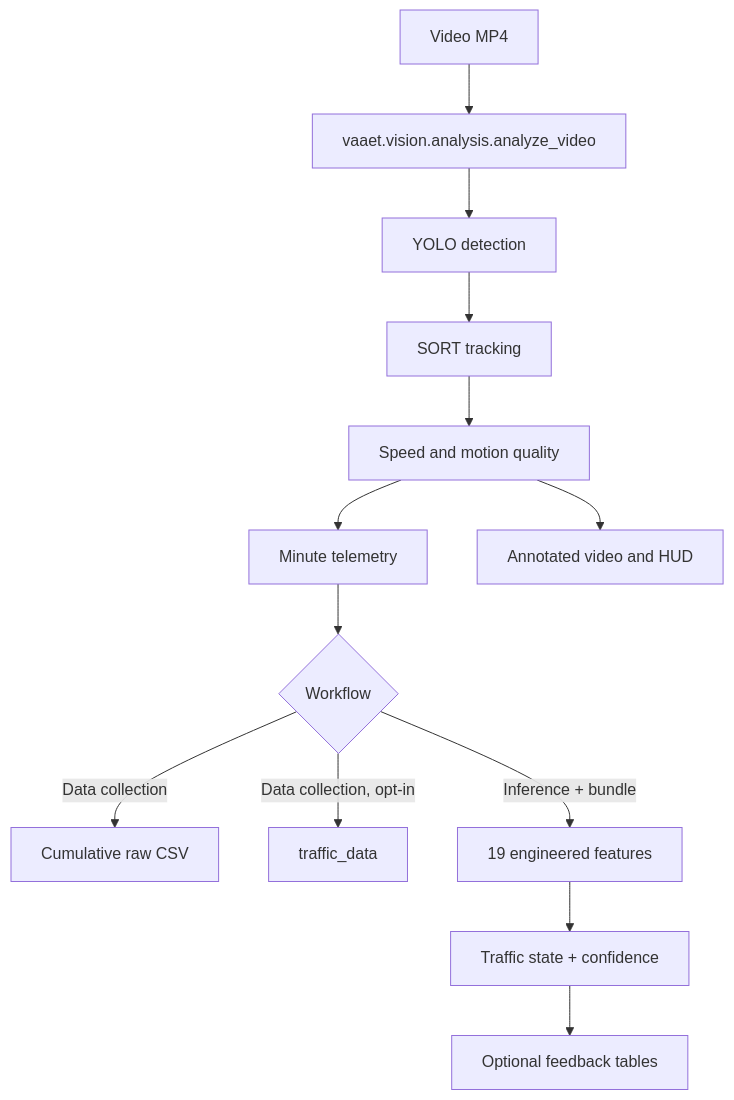
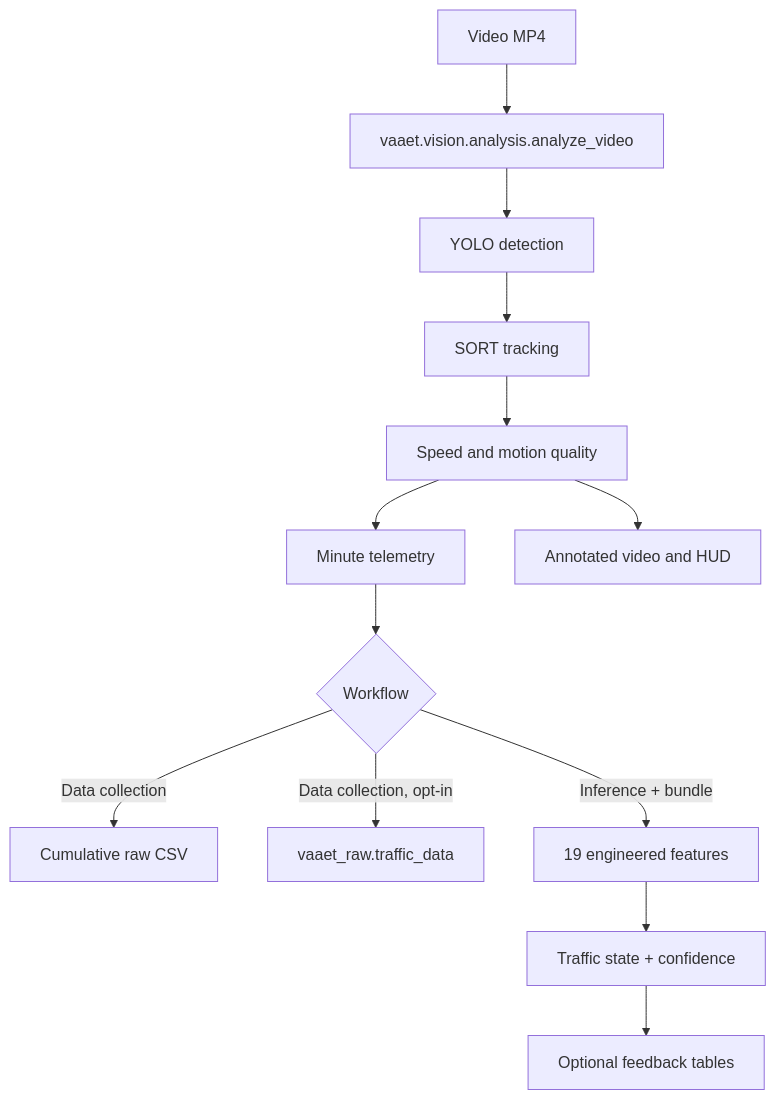
One commit to aka-titesen/vaaet changed the diagram in docs/architecture/diagrams/pipeline-flow.md. Above: the diagram before and after it, drawn with Mermaid. The commit also changed 76 other files, not shown here.

````diff
--- a/docs/architecture/diagrams/pipeline-flow.md
+++ b/docs/architecture/diagrams/pipeline-flow.md
@@ -3,15 +3,15 @@
 ```mermaid
 flowchart TD
     V["Video MP4"] --> A["vaaet.vision.analysis.analyze_video"]
     A --> D["YOLO detection"]
     D --> T["SORT tracking"]
     T --> S["Speed and motion quality"]
     S --> M["Minute telemetry"]
     S --> H["Annotated video and HUD"]
     M --> C{"Workflow"}
     C -->|"Data collection"| CSV["Cumulative raw CSV"]
-    C -->|"Data collection, opt-in"| RAW["traffic_data"]
+    C -->|"Data collection, opt-in"| RAW["vaaet_raw.traffic_data"]
     C -->|"Inference + bundle"| F["19 engineered features"]
     F --> P["Traffic state + confidence"]
     P --> DB["Optional feedback tables"]
 ```
````
